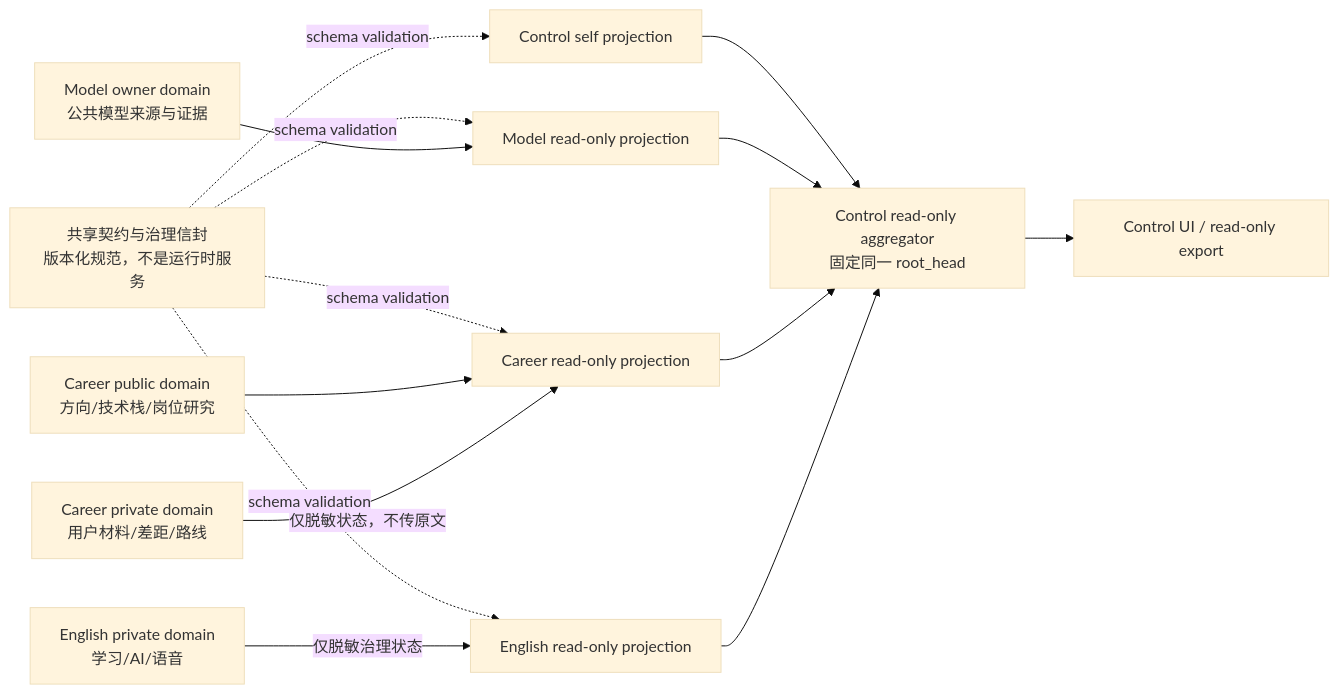
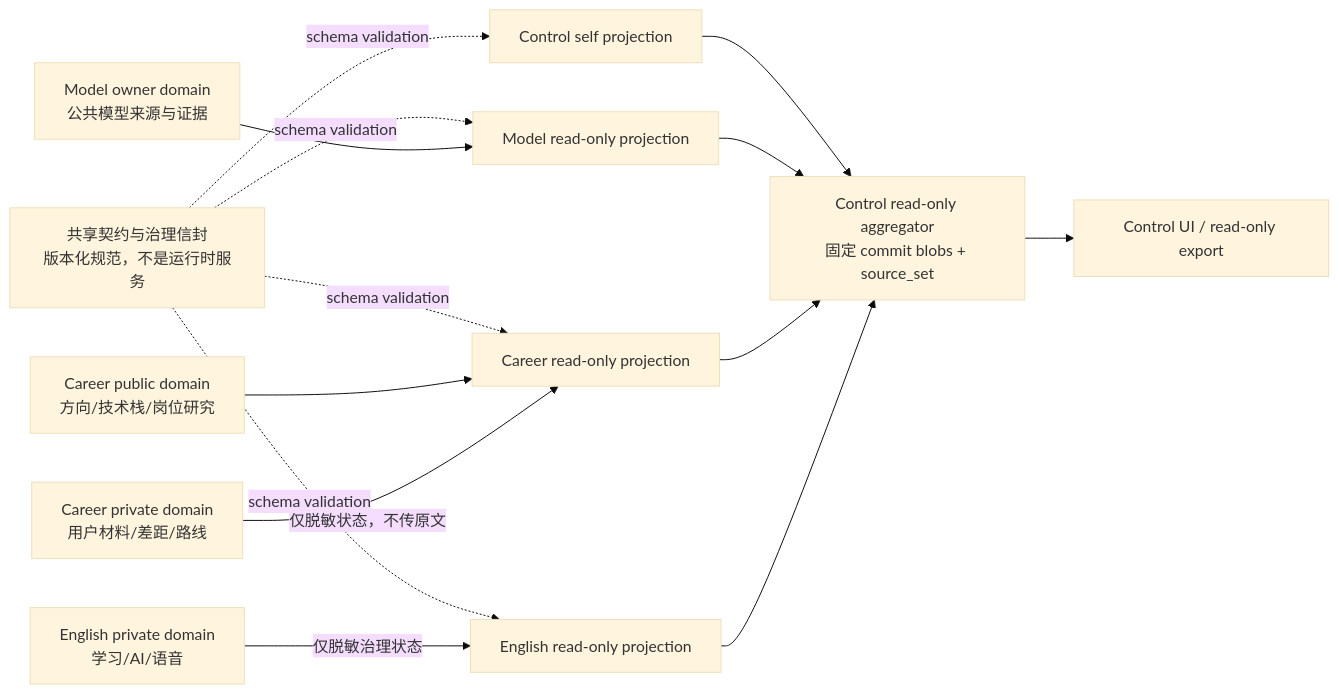
Before and after one commit to CloudyStormer/AI-Workflow-Dev: the diagram in architecture/03-four-project-shared-boundary-adr.md, drawn with Mermaid (base theme). The commit also changed other lines of this file and 3 other files, not shown here.

Commit message:
docs(architecture): harden shared boundary review gates

````diff
--- a/architecture/03-four-project-shared-boundary-adr.md
+++ b/architecture/03-four-project-shared-boundary-adr.md
@@ -203,28 +212,28 @@
 ```mermaid
 flowchart LR
     C["共享契约与治理信封\n版本化规范，不是运行时服务"]
     M["Model owner domain\n公共模型来源与证据"]
     R1["Career public domain\n方向/技术栈/岗位研究"]
     R2["Career private domain\n用户材料/差距/路线"]
     E["English private domain\n学习/AI/语音"]
     PM["Model read-only projection"]
     PR["Career read-only projection"]
     PE["English read-only projection"]
     PC["Control self projection"]
-    A["Control read-only aggregator\n固定同一 root_head"]
+    A["Control read-only aggregator\n固定 commit blobs + source_set"]
     U["Control UI / read-only export"]
 
     C -. "schema validation" .-> PM
     C -. "schema validation" .-> PR
     C -. "schema validation" .-> PE
     C -. "schema validation" .-> PC
     M --> PM
     R1 --> PR
     R2 -->|"仅脱敏状态，不传原文"| PR
     E -->|"仅脱敏治理状态"| PE
     PC --> A
     PM --> A
     PR --> A
     PE --> A
     A --> U
 ```
````
